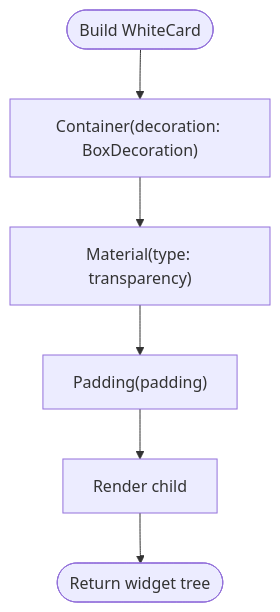
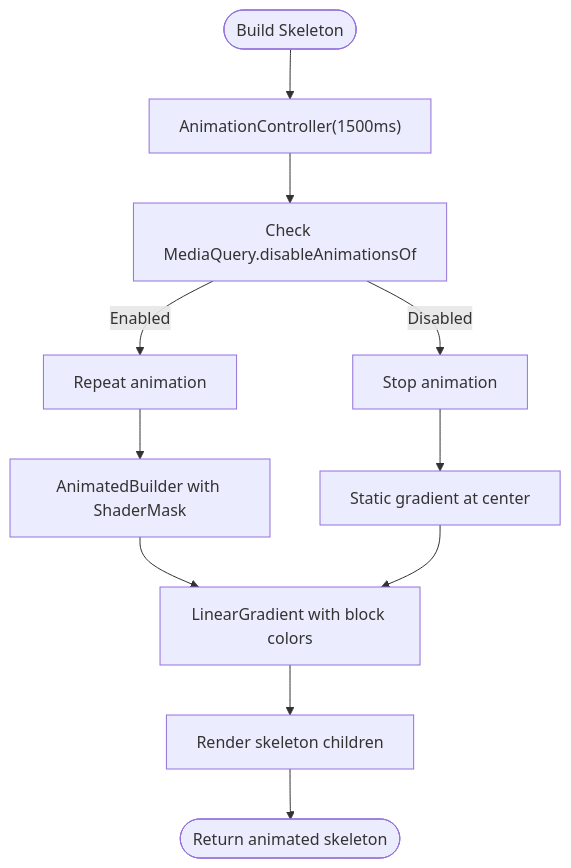
One commit to rdsarjito/whoosh-ramah changed the fifth of 6 diagrams in .qoder/repowiki/en/content/Mobile Application/Widget Library/Widget Library.md. Above: the diagram before and after it, drawn with Mermaid. The commit also changed other lines of this file and 68 other files, not shown here.

````diff
--- a/.qoder/repowiki/en/content/Mobile Application/Widget Library/Widget Library.md
+++ b/.qoder/repowiki/en/content/Mobile Application/Widget Library/Widget Library.md
@@ -354,8 +364,13 @@
 ```mermaid
 flowchart TD
-StartWC(["Build WhiteCard"]) --> ContainerWC["Container(decoration: BoxDecoration)"]
-ContainerWC --> MaterialWC["Material(type: transparency)"]
-MaterialWC --> PaddingWC["Padding(padding)"]
-PaddingWC --> ChildWC["Render child"]
-ChildWC --> EndWC(["Return widget tree"])
+Start(["Build Skeleton"]) --> Controller["AnimationController(1500ms)"]
+Controller --> CheckAnim["Check MediaQuery.disableAnimationsOf"]
+CheckAnim --> |Enabled| Repeat["Repeat animation"]
+CheckAnim --> |Disabled| Stop["Stop animation"]
+Repeat --> Builder["AnimatedBuilder with ShaderMask"]
+Stop --> Static["Static gradient at center"]
+Builder --> Gradient["LinearGradient with block colors"]
+Static --> Gradient
+Gradient --> Child["Render skeleton children"]
+Child --> End(["Return animated skeleton"])
 ```
````
